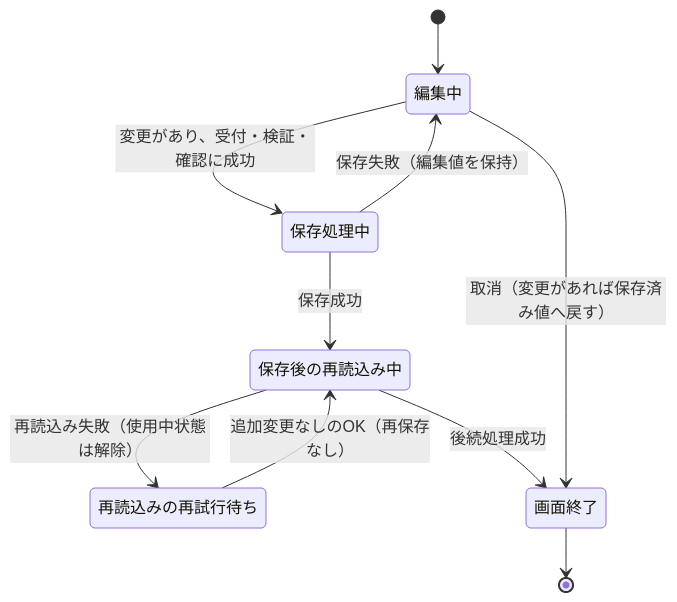
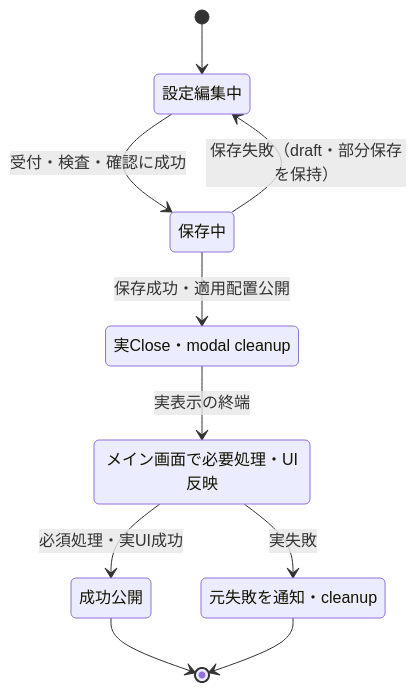
The diagram in devdocs/spec/runtime/settings.md (Neeted/bemusicseeker-unofficial-fork), drawn with Mermaid before and after one commit. The commit also changed other lines of this file and 119 other files, not shown here.

````diff
--- a/devdocs/spec/runtime/settings.md
+++ b/devdocs/spec/runtime/settings.md
@@ -118,17 +120,18 @@
 ```mermaid
 stateDiagram-v2
-    state "編集中" as Editing
-    state "保存処理中" as Saving
-    state "保存後の再読込み中" as Reloading
-    state "再読込みの再試行待ち" as RetryPending
-    state "画面終了" as Closed
+    state "設定編集中" as Editing
+    state "保存中" as Saving
+    state "実Close・modal cleanup" as Closing
+    state "メイン画面で必要処理・UI反映" as Applying
+    state "成功公開" as Succeeded
+    state "元失敗を通知・cleanup" as Failed
     [*] --> Editing
-    Editing --> Saving: 変更があり、受付・検証・確認に成功
-    Saving --> Editing: 保存失敗（編集値を保持）
-    Saving --> Reloading: 保存成功
-    Reloading --> RetryPending: 再読込み失敗（使用中状態は解除）
-    RetryPending --> Reloading: 追加変更なしのOK（再保存なし）
-    Reloading --> Closed: 後続処理成功
-    Editing --> Closed: 取消（変更があれば保存済み値へ戻す）
-    Closed --> [*]
+    Editing --> Saving: 受付・検査・確認に成功
+    Saving --> Editing: 保存失敗（draft・部分保存を保持）
+    Saving --> Closing: 保存成功・適用配置公開
+    Closing --> Applying: 実表示の終端
+    Applying --> Succeeded: 必須処理・実UI成功
+    Applying --> Failed: 実失敗
+    Succeeded --> [*]
+    Failed --> [*]
 ```
````
